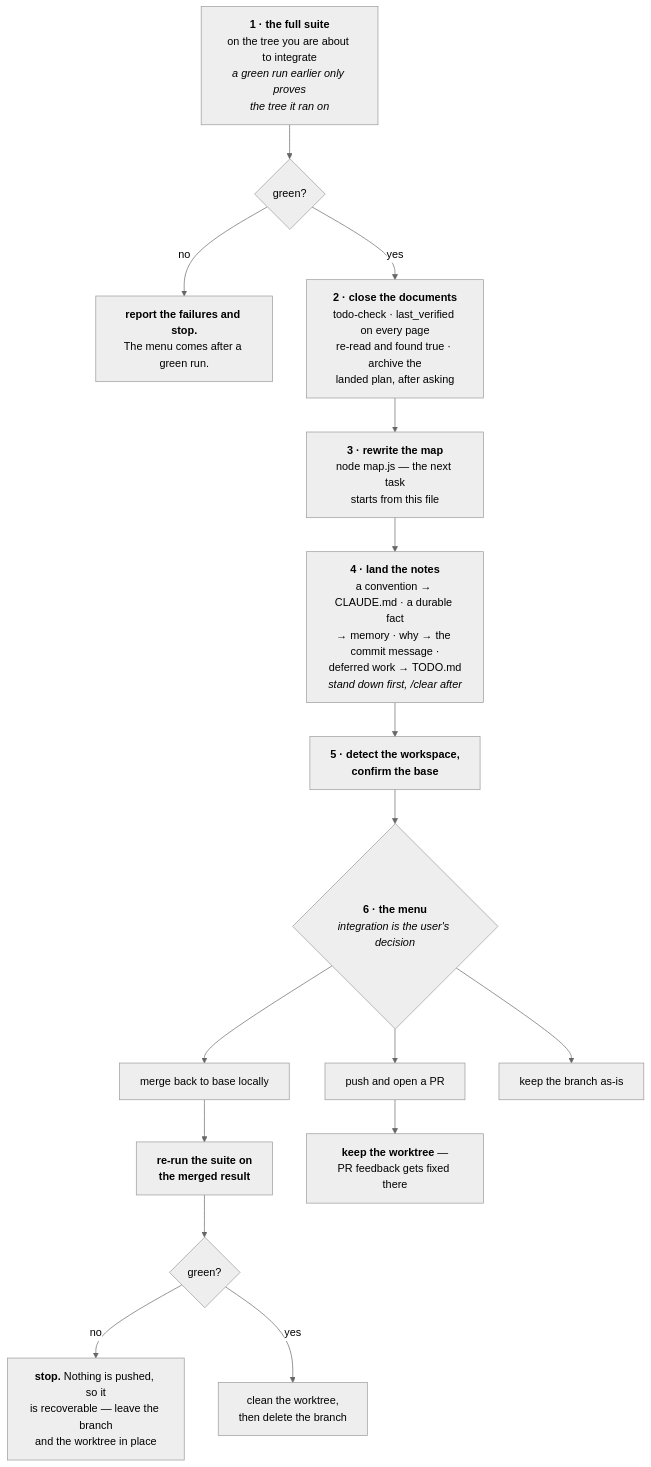
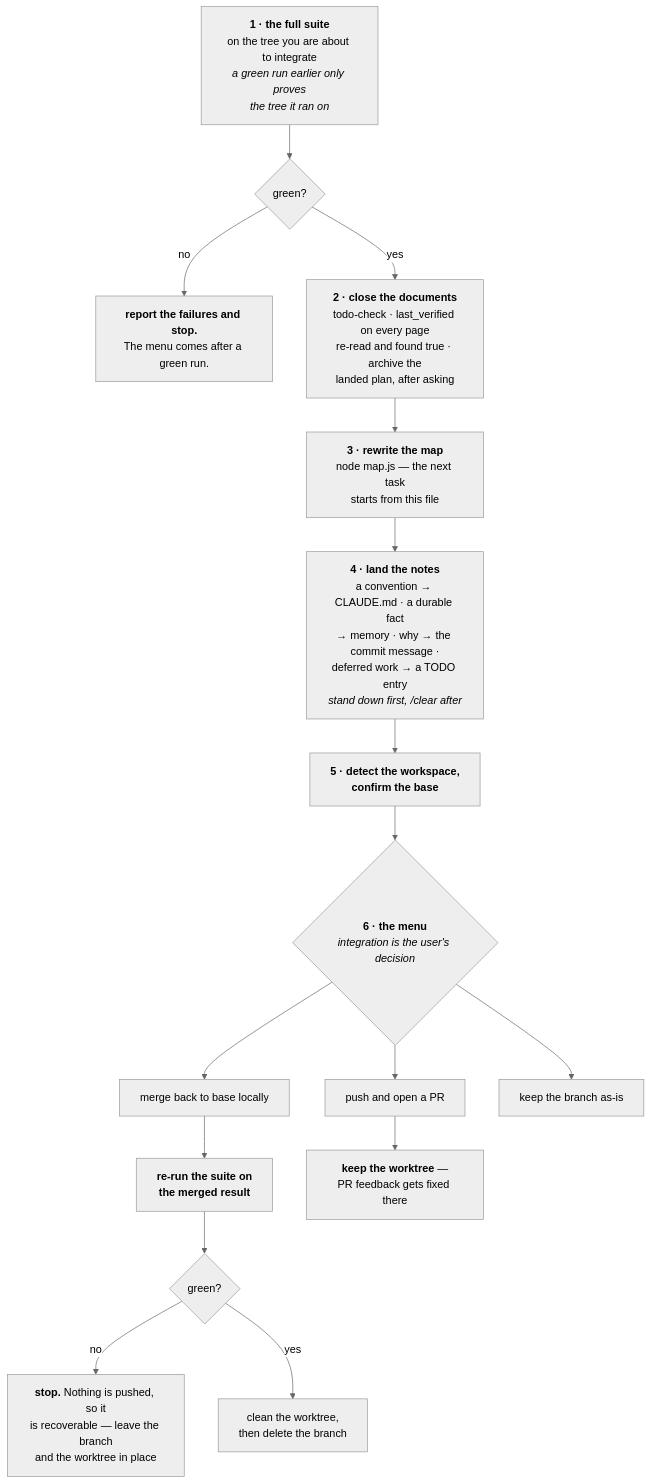
The eighth of 8 diagrams in docs/02-architecture/pipeline.md (FanFantom9452/FanKeel), drawn with Mermaid (neutral theme) before and after one commit. The commit also changed other lines of this file and 1 other file, not shown here.

First line of the commit message:
docs: pipeline.md says TODO entry, station.md line numbers

````diff
--- a/docs/02-architecture/pipeline.md
+++ b/docs/02-architecture/pipeline.md
@@ -755,32 +755,32 @@
 ```mermaid
 flowchart TD
     A["<b>1 · the full suite</b><br/>on the tree you are about to integrate<br/><i>a green run earlier only proves<br/>the tree it ran on</i>"]
     A0{"green?"}
     A1["<b>report the failures and stop.</b><br/>The menu comes after a green run."]
     B["<b>2 · close the documents</b><br/>todo-check · last_verified on every page<br/>re-read and found true · archive the<br/>landed plan, after asking"]
     C["<b>3 · rewrite the map</b><br/>node map.js — the next task<br/>starts from this file"]
-    D["<b>4 · land the notes</b><br/>a convention → CLAUDE.md · a durable fact<br/>→ memory · why → the commit message ·<br/>deferred work → TODO.md<br/><i>stand down first, /clear after</i>"]
+    D["<b>4 · land the notes</b><br/>a convention → CLAUDE.md · a durable fact<br/>→ memory · why → the commit message ·<br/>deferred work → a TODO entry<br/><i>stand down first, /clear after</i>"]
     E["<b>5 · detect the workspace,<br/>confirm the base</b>"]
     F{"<b>6 · the menu</b><br/><i>integration is the user's decision</i>"}
     F1["merge back to base locally"]
     F2["push and open a PR"]
     F3["keep the branch as-is"]
     G["<b>re-run the suite on<br/>the merged result</b>"]
     G0{"green?"}
     G1["<b>stop.</b> Nothing is pushed, so it<br/>is recoverable — leave the branch<br/>and the worktree in place"]
     G2["clean the worktree,<br/>then delete the branch"]
     H["<b>keep the worktree</b> —<br/>PR feedback gets fixed there"]
 
     A --> A0
     A0 -- no --> A1
     A0 -- yes --> B
     B --> C
     C --> D
     D --> E
     E --> F
     F --> F1 --> G --> G0
     G0 -- no --> G1
     G0 -- yes --> G2
     F --> F2 --> H
     F --> F3
 ```
````
